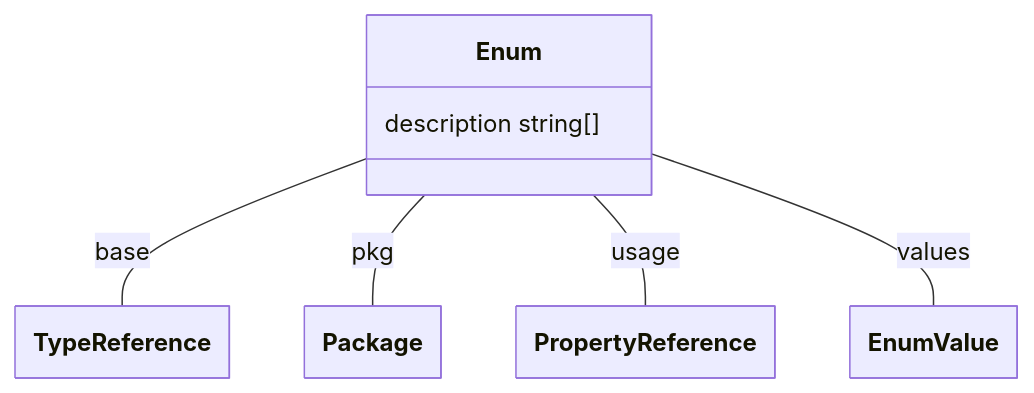
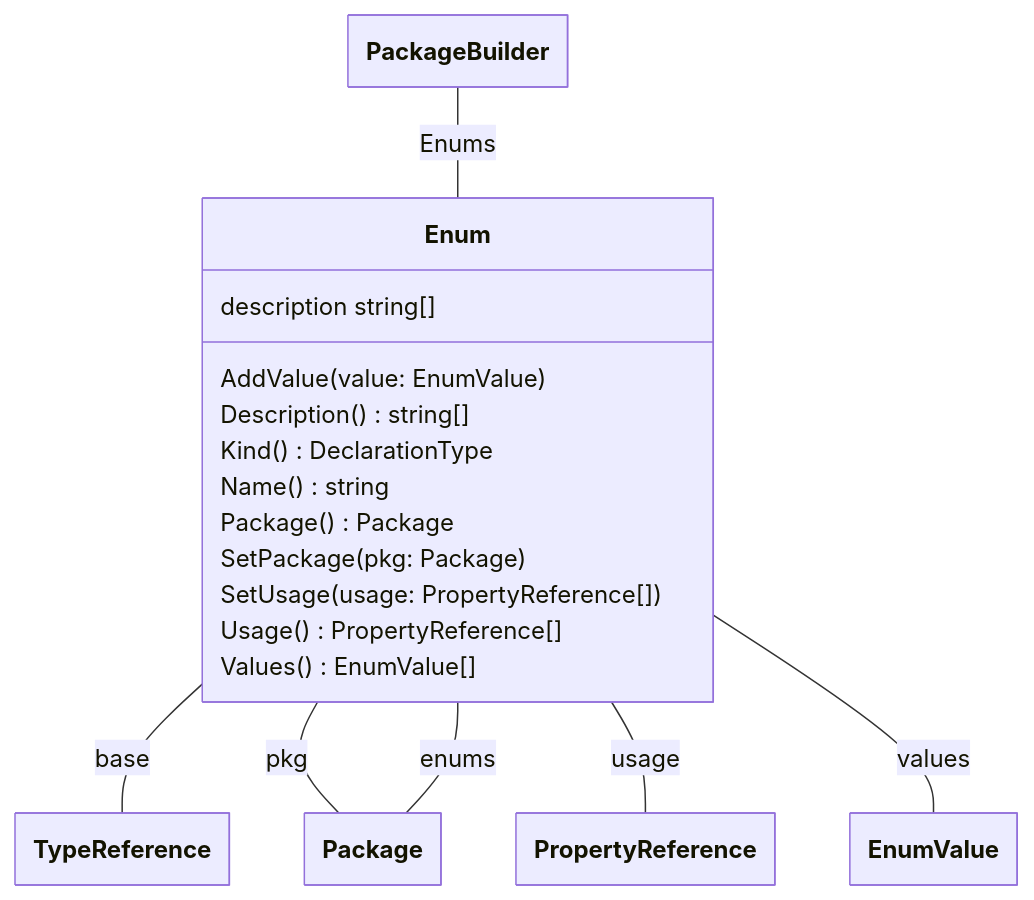
One commit to theunrepentantgeek/crddoc changed the first of 17 diagrams in docs/model/model.md. Above: the diagram before and after it, drawn with Mermaid. The commit also changed other lines of this file, not shown here.

````diff
--- a/docs/model/model.md
+++ b/docs/model/model.md
@@ -25,26 +25,39 @@
 ```mermaid
 ---
   config:
     class:
       hideEmptyMembersBox: true
 ---
 classDiagram
 
 class Enum["Enum"]{  
-      description string[]
+      description string[]  
+      AddValue(value: EnumValue)  
+      Description()string[]  
+      Kind()DeclarationType  
+      Name()string  
+      Package()Package  
+      SetPackage(pkg: Package)  
+      SetUsage(usage: PropertyReference[])  
+      Usage()PropertyReference[]  
+      Values()EnumValue[]
 
 
 } 
 
+Package -- Enum : enums 
+PackageBuilder -- Enum : Enums 
 
 Enum -- TypeReference : base 
 Enum -- Package : pkg 
 Enum -- PropertyReference : usage 
 Enum -- EnumValue : values 
 
+class Package["Package"]
+class PackageBuilder["PackageBuilder"]
 class TypeReference["TypeReference"]
 class Package["Package"]
 class PropertyReference["PropertyReference"]
 class EnumValue["EnumValue"]
 
 ```
````
